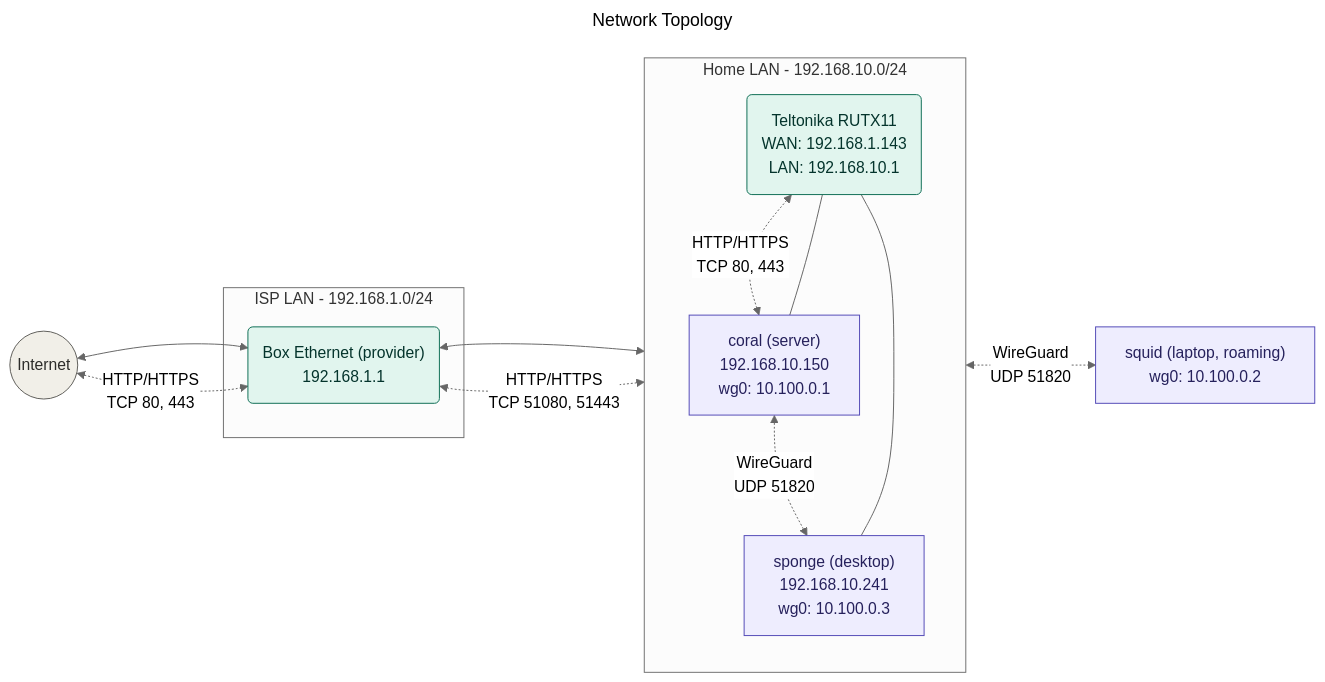
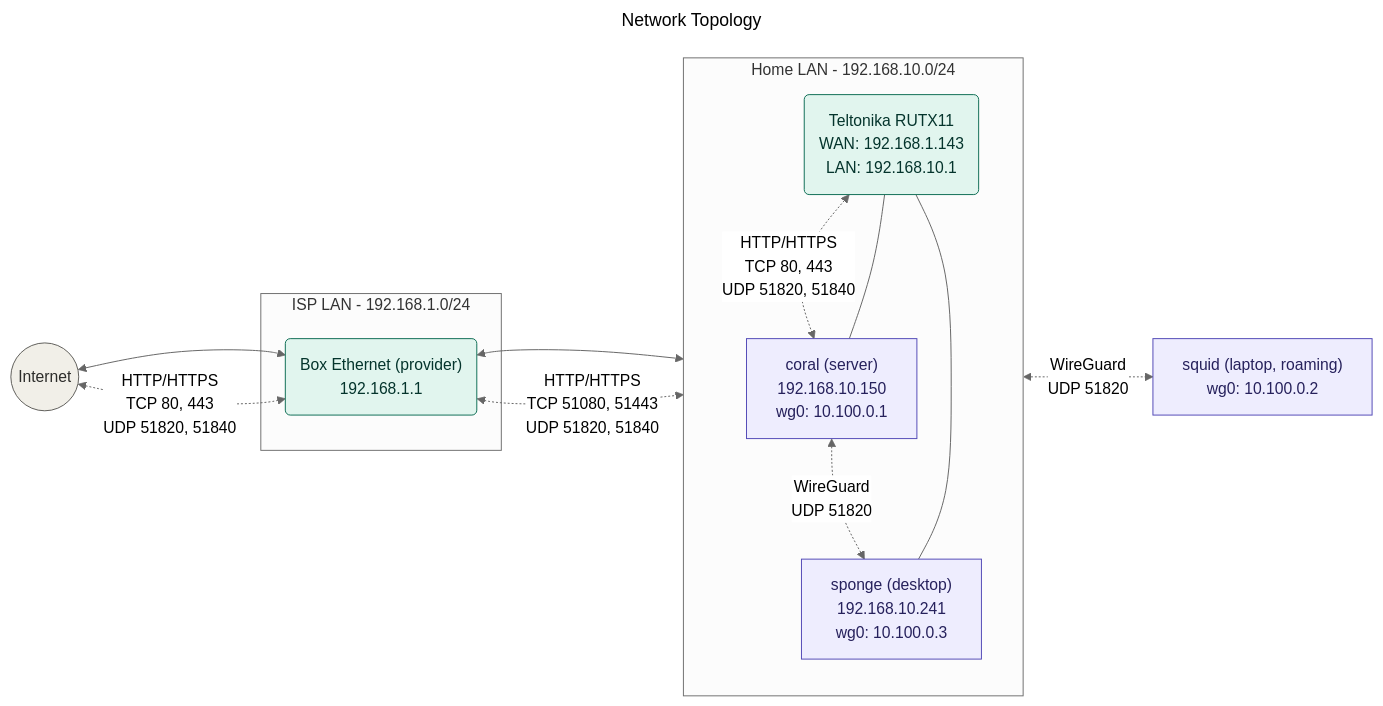
One commit to wallago/nix-config changed the first of 2 diagrams in README.md. Above: the diagram before and after it, drawn with Mermaid (neutral theme). The commit also changed 9 other files, not shown here.

````diff
--- a/README.md
+++ b/README.md
@@ -16,42 +16,42 @@
 ```mermaid
 ---
 title: Network Topology
 ---
 flowchart LR
   INTERNET(("Internet"))
 
   subgraph ISP_LAN["ISP LAN - 192.168.1.0/24"]
     BOX("Box Ethernet (provider)<br/>192.168.1.1")
   end
 
   subgraph HOME_LAN["Home LAN - 192.168.10.0/24"]
     direction TB
     ROUTER("Teltonika RUTX11<br/>WAN: 192.168.1.143<br/>LAN: 192.168.10.1")
     SERVER["coral (server)<br/>192.168.10.150<br/>wg0: 10.100.0.1"]
     DESK["sponge (desktop)<br/>192.168.10.241<br/>wg0: 10.100.0.3"]
     SERVER --- ROUTER
     DESK --- ROUTER
   end
 
   LAP["squid (laptop, roaming)<br/>wg0: 10.100.0.2"]
 
   %% Physical / IP path
   INTERNET <--> BOX
   BOX <--> ROUTER
 
   %% Port-forward chain: public HTTP(S) -> RUTX -> coral
-  INTERNET <-. "HTTP/HTTPS<br/>TCP 80, 443" .-> BOX
-  BOX <-. "HTTP/HTTPS<br/>TCP 51080, 51443" .-> ROUTER
-  ROUTER <-. "HTTP/HTTPS<br/>TCP 80, 443" .-> SERVER
+  INTERNET <-. "HTTP/HTTPS<br/>TCP 80, 443<br/>UDP 51820, 51840" .-> BOX
+  BOX <-. "HTTP/HTTPS<br/>TCP 51080, 51443<br/>UDP 51820, 51840" .-> ROUTER
+  ROUTER <-. "HTTP/HTTPS<br/>TCP 80, 443<br/>UDP 51820, 51840" .-> SERVER
 
   %% WireGuard hub-and-spoke, terminated on coral
   SERVER <-. "WireGuard<br/>UDP 51820" .-> DESK
   SERVER <-. "WireGuard<br/>UDP 51820" .-> LAP
 
   classDef peer fill:#EEEDFE,stroke:#534AB7,color:#26215C;
   classDef infra fill:#E1F5EE,stroke:#0F6E56,color:#04342C;
   classDef net fill:#F1EFE8,stroke:#5F5E5A,color:#2C2C2A;
   class SERVER,DESK,LAP peer;
   class ROUTER,BOX infra;
   class INTERNET net;
 ```
````
